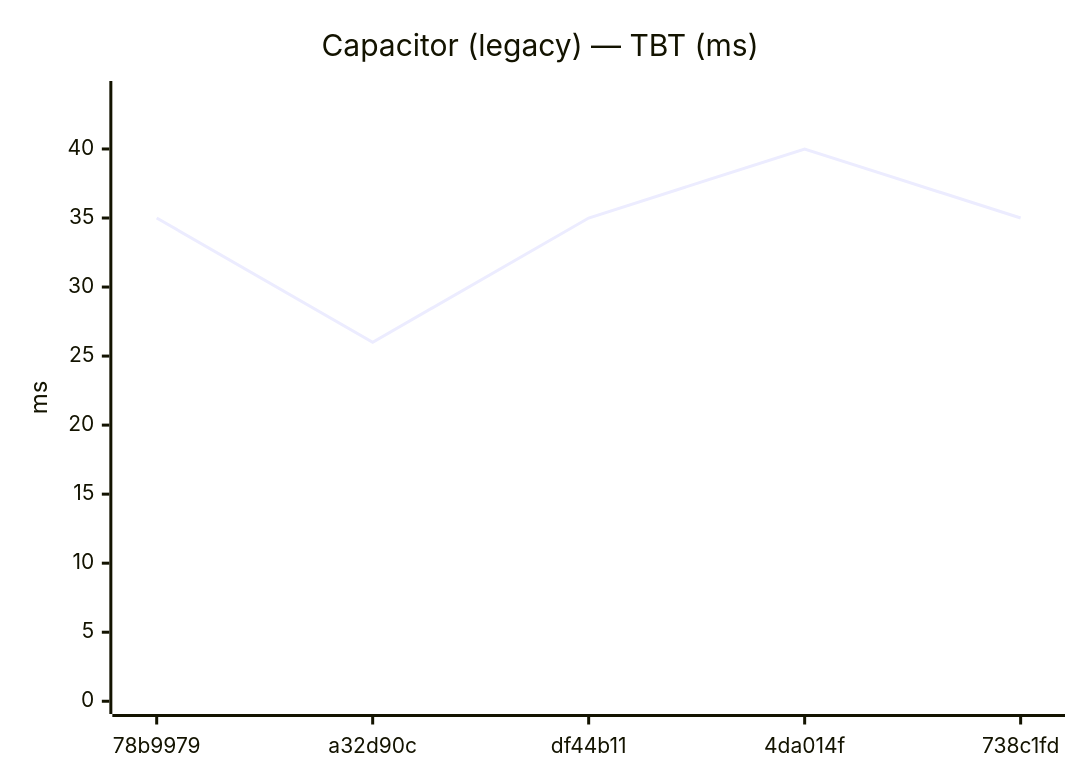
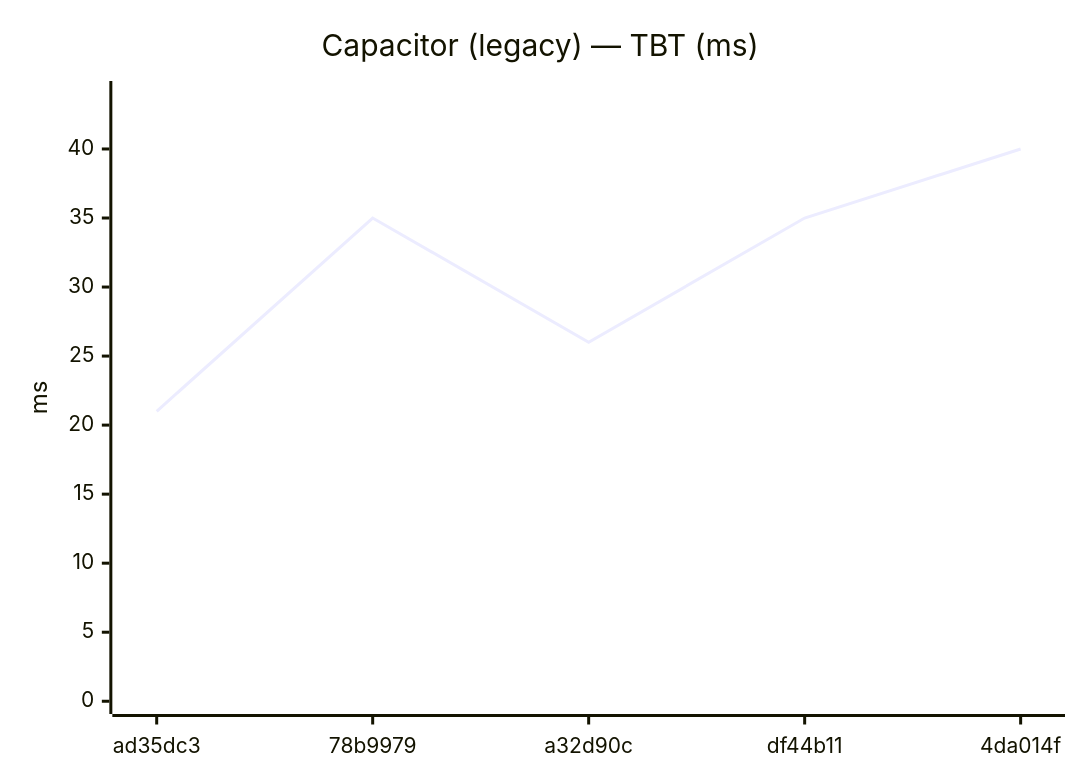
One commit to Metaheurist/Rianell changed diagram 14 of 24 in benchmarks/compare.md. Above: the diagram before and after it, drawn with Mermaid. The commit also changed other lines of this file and 12 other files, not shown here.

````diff
--- a/benchmarks/compare.md
+++ b/benchmarks/compare.md
@@ -201,7 +201,7 @@
 ```mermaid
 xychart-beta
     title "Capacitor (legacy) — TBT (ms)"
-    x-axis ["78b9979", "a32d90c", "df44b11", "4da014f", "738c1fd"]
+    x-axis ["ad35dc3", "78b9979", "a32d90c", "df44b11", "4da014f"]
     y-axis "ms" 0 --> 44
-    line [35, 26, 35, 40, 35]
+    line [21, 35, 26, 35, 40]
 ```
````
